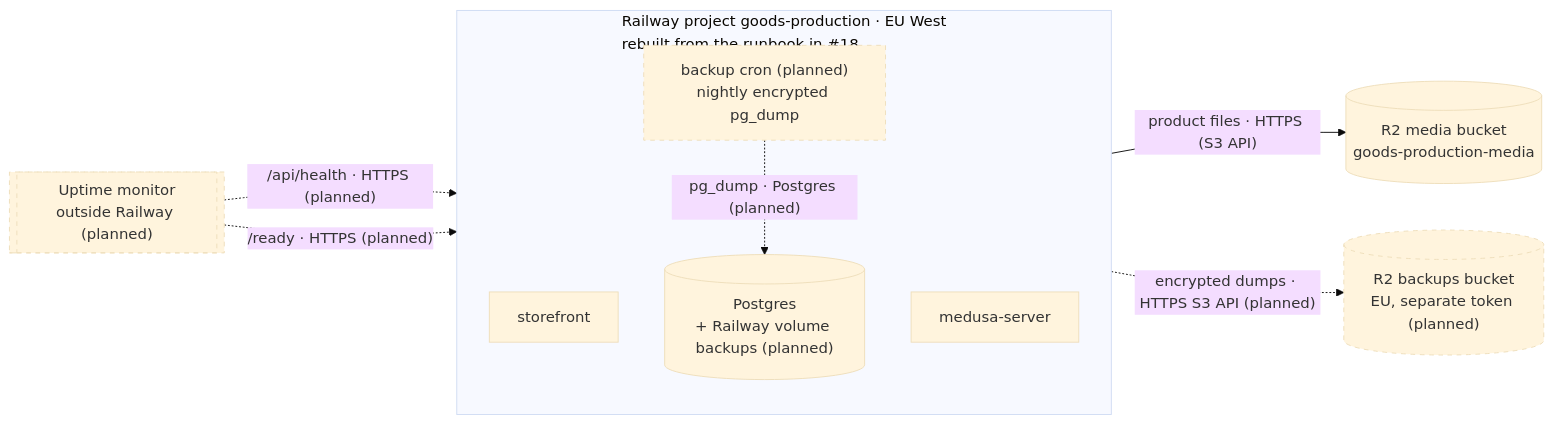
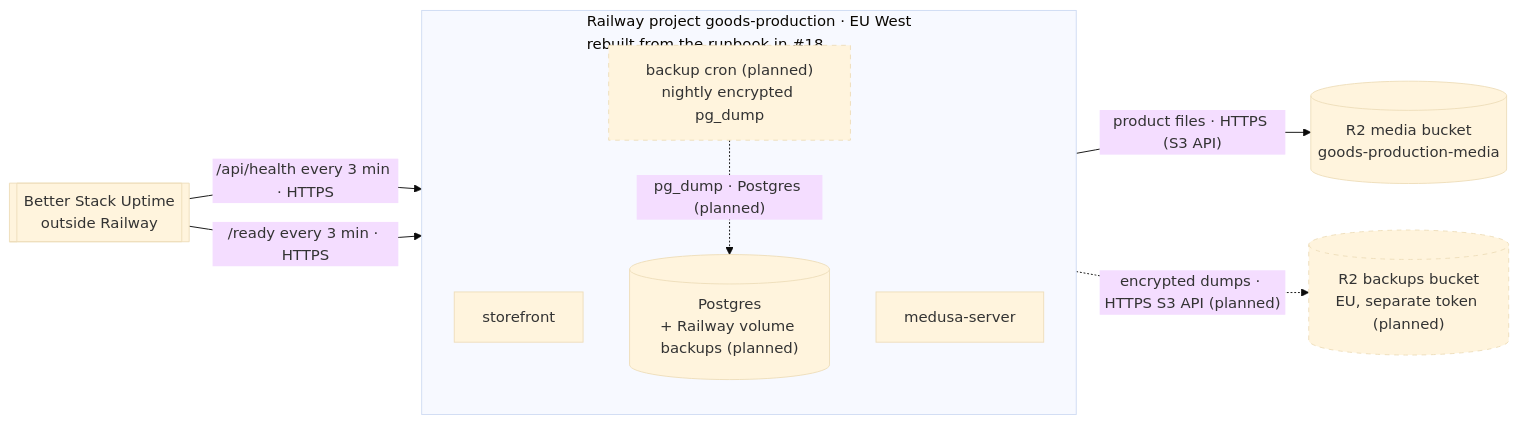
The tenth of 11 diagrams in docs/architecture/overview.md (Tirso0882/goods), drawn with Mermaid (base theme) before and after one commit. The commit also changed 3 other files, not shown here.

````diff
--- a/docs/architecture/overview.md
+++ b/docs/architecture/overview.md
@@ -347,23 +347,23 @@
 ```mermaid
 flowchart LR
-  uptime[["Uptime monitor<br/>outside Railway (planned)"]]
+  uptime[["Better Stack Uptime<br/>outside Railway"]]
   r2m[("R2 media bucket<br/>goods-production-media")]
   r2b[("R2 backups bucket<br/>EU, separate token (planned)")]
 
   subgraph rw["Railway project goods-production · EU West<br/>rebuilt from the runbook in #18"]
     direction TB
     sf["storefront"]
     srv["medusa-server"]
     cron["backup cron (planned)<br/>nightly encrypted pg_dump"]
     pg[("Postgres<br/>+ Railway volume backups (planned)")]
   end
 
   srv -->|"product files · HTTPS (S3 API)"| r2m
   cron -.->|"pg_dump · Postgres (planned)"| pg
   cron -.->|"encrypted dumps · HTTPS S3 API (planned)"| r2b
-  uptime -.->|"/api/health · HTTPS (planned)"| sf
-  uptime -.->|"/ready · HTTPS (planned)"| srv
+  uptime -->|"/api/health every 3 min · HTTPS"| sf
+  uptime -->|"/ready every 3 min · HTTPS"| srv
 
   classDef planned stroke-dasharray: 5 5
-  class cron,uptime,r2b planned
+  class cron,r2b planned
 ```
````
